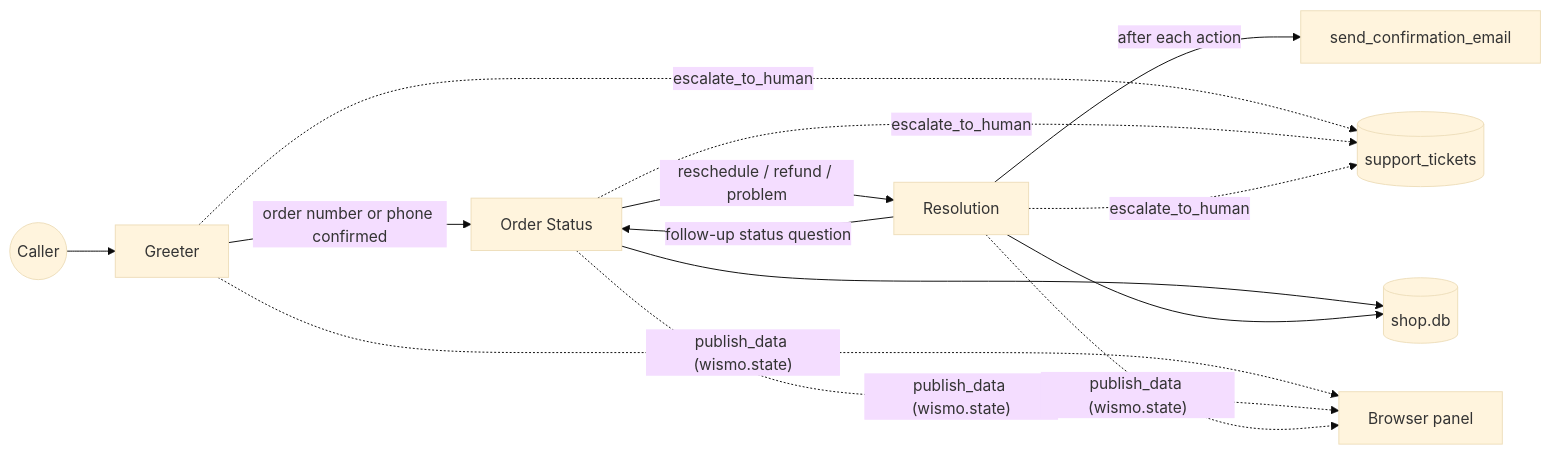
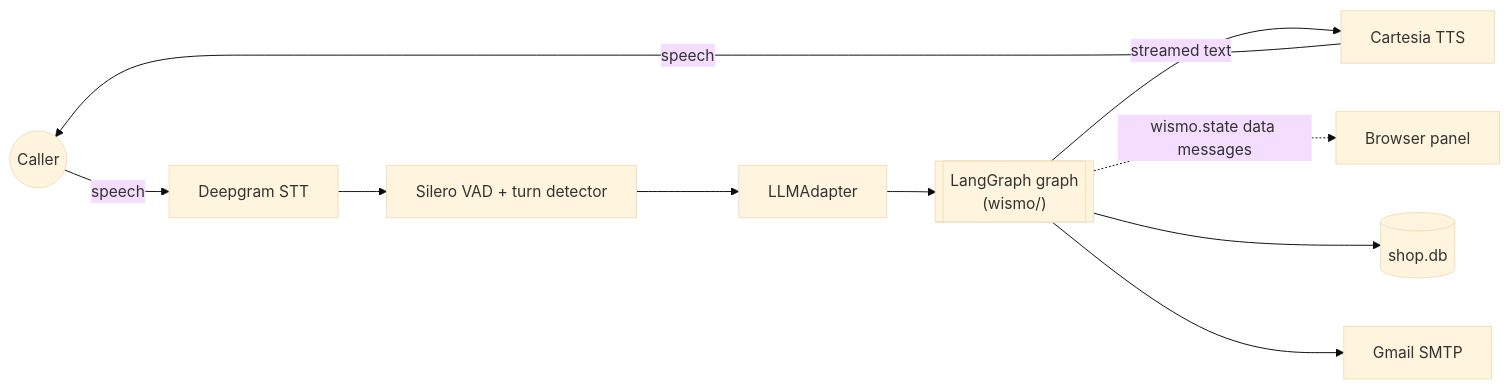
The first of 2 diagrams in README.md (debarchan19/voice-agent), drawn with Mermaid (base theme) before and after one commit. The commit also changed other lines of this file and 18 other files, not shown here.

First line of the commit message:
Rebuild the agent brain as a LangGraph graph behind the LiveKit voice

````diff
--- a/README.md
+++ b/README.md
@@ -53,11 +59,12 @@
 ```mermaid
 flowchart LR
-    caller((Caller)) --> G[Greeter]
-    G -- "order number or phone confirmed" --> S[Order Status]
-    S -- "reschedule / refund / problem" --> R[Resolution]
-    R -- "follow-up status question" --> S
-    R -- "after each action" --> E[send_confirmation_email]
-    G & S & R -. escalate_to_human .-> T[(support_tickets)]
-    S & R --> DB[(shop.db)]
-    G & S & R -. "publish_data (wismo.state)" .-> P[Browser panel]
+    caller((Caller)) -->|speech| STT[Deepgram STT]
+    STT --> VAD[Silero VAD + turn detector]
+    VAD --> AD[LLMAdapter]
+    AD --> G[["LangGraph graph<br/>(wismo/)"]]
+    G -->|"streamed text"| TTS[Cartesia TTS]
+    TTS -->|speech| caller
+    G -. "wismo.state data messages" .-> UI[Browser panel]
+    G --> DB[(shop.db)]
+    G --> M[Gmail SMTP]
 ```
````
